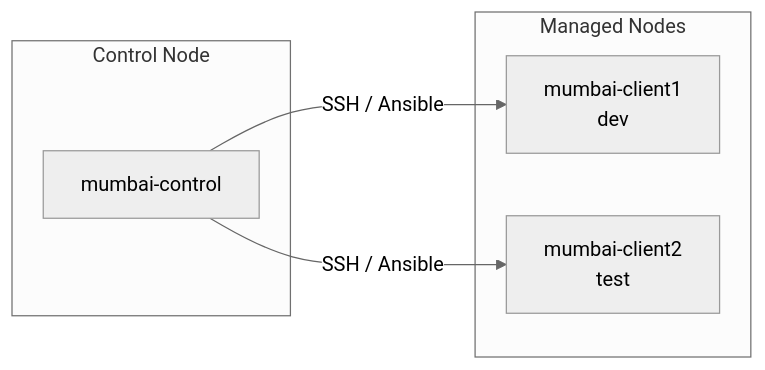
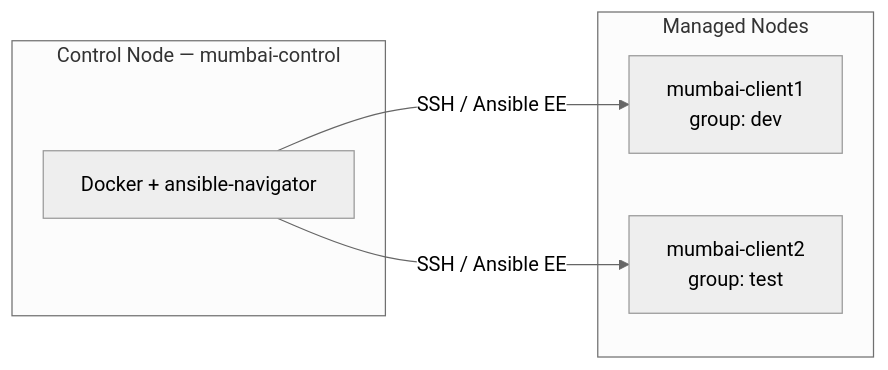
One commit to adithyansk-2002/AWS-Ansible-Automation changed the diagram in README.md. Above: the diagram before and after it, drawn with Mermaid (neutral theme). The commit also changed other lines of this file, not shown here.

````diff
--- a/README.md
+++ b/README.md
@@ -13,12 +25,12 @@
 ```mermaid
 flowchart LR
-  subgraph control [Control Node]
-    A[mumbai-control]
+  subgraph control [Control Node — mumbai-control]
+    A[Docker + ansible-navigator]
   end
   subgraph managed [Managed Nodes]
-    B[mumbai-client1<br/>dev]
-    C[mumbai-client2<br/>test]
+    B[mumbai-client1<br/>group: dev]
+    C[mumbai-client2<br/>group: test]
   end
-  A -->|SSH / Ansible| B
-  A -->|SSH / Ansible| C
+  A -->|SSH / Ansible EE| B
+  A -->|SSH / Ansible EE| C
 ```
````
